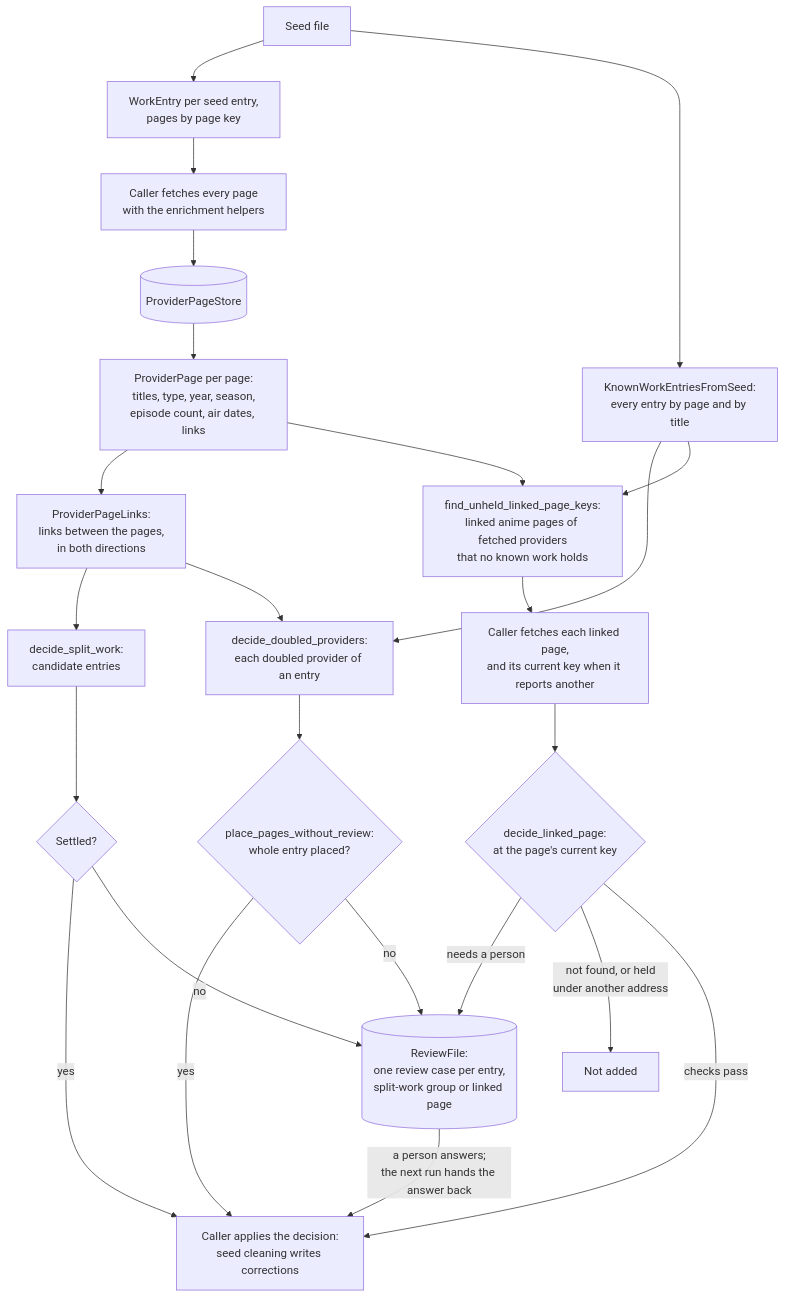
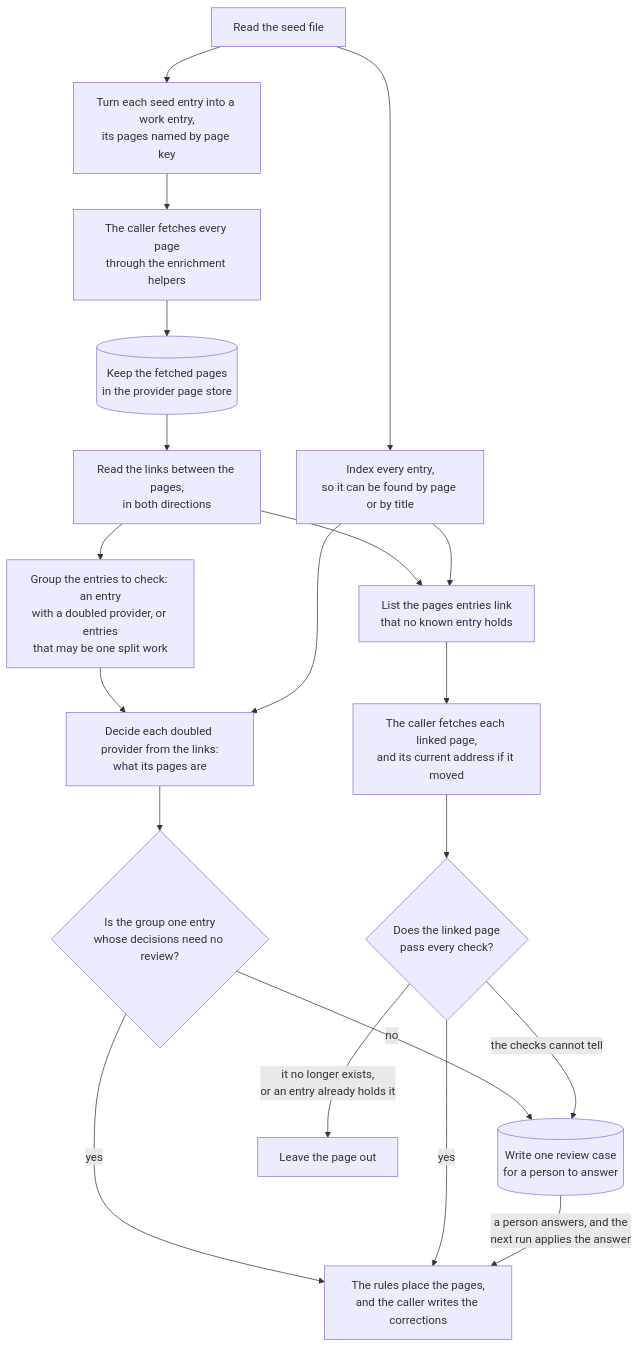
One commit to adnanaq/echora changed the first of 5 diagrams in libs/work_matching/README.md. Above: the diagram before and after it, drawn with Mermaid. The commit also changed other lines of this file and 42 other files, not shown here.

First line of the commit message:
feat(ECHO-65): Merge split works into one work entry each (#61)

````diff
--- a/libs/work_matching/README.md
+++ b/libs/work_matching/README.md
@@ -56,26 +94,22 @@
 ```mermaid
 flowchart TD
-    seed[Seed file] --> entries[WorkEntry per seed entry,<br/>pages by page key]
-    seed --> known[KnownWorkEntriesFromSeed:<br/>every entry by page and by title]
-    entries --> fetch[Caller fetches every page<br/>with the enrichment helpers]
-    fetch --> store[(ProviderPageStore)]
-    store --> pages[ProviderPage per page:<br/>titles, type, year, season,<br/>episode count, air dates, links]
-    pages --> links[ProviderPageLinks:<br/>links between the pages,<br/>in both directions]
-    links --> split[decide_split_work:<br/>candidate entries]
-    links --> doubled[decide_doubled_providers:<br/>each doubled provider of an entry]
+    seed[Read the seed file] --> entries[Turn each seed entry into a work entry,<br/>its pages named by page key]
+    seed --> known[Index every entry,<br/>so it can be found by page or by title]
+    entries --> fetch[The caller fetches every page<br/>through the enrichment helpers]
+    fetch --> store[(Keep the fetched pages<br/>in the provider page store)]
+    store --> links[Read the links between the pages,<br/>in both directions]
+    links --> groups[Group the entries to check: an entry<br/>with a doubled provider, or entries<br/>that may be one split work]
+    groups --> doubled[Decide each doubled provider from the links:<br/>what its pages are]
     known --> doubled
-    doubled --> placed{place_pages_without_review:<br/>whole entry placed?}
-    placed -- yes --> caller[Caller applies the decision:<br/>seed cleaning writes corrections]
-    placed -- no --> review[(ReviewFile:<br/>one review case per entry,<br/>split-work group or linked page)]
-    split --> settled{Settled?}
-    settled -- yes --> caller
-    settled -- no --> review
-    pages --> unheld[find_unheld_linked_page_keys:<br/>linked anime pages of fetched providers<br/>that no known work holds]
+    doubled --> settled{Is the group one entry<br/>whose decisions need no review?}
+    settled -- yes --> apply[The rules place the pages,<br/>and the caller writes the corrections]
+    settled -- no --> review[(Write one review case<br/>for a person to answer)]
+    links --> unheld[List the pages entries link<br/>that no known entry holds]
     known --> unheld
-    unheld --> fetchlinked[Caller fetches each linked page,<br/>and its current key when it reports another]
-    fetchlinked --> linked{decide_linked_page:<br/>at the page's current key}
-    linked -- needs a person --> review
-    linked -- "not found, or held<br/>under another address" --> skipped[Not added]
-    linked -- checks pass --> caller
-    review -- "a person answers;<br/>the next run hands the answer back" --> caller
+    unheld --> fetch_linked[The caller fetches each linked page,<br/>and its current address if it moved]
+    fetch_linked --> linked{Does the linked page<br/>pass every check?}
+    linked -- yes --> apply
+    linked -- "it no longer exists,<br/>or an entry already holds it" --> skipped[Leave the page out]
+    linked -- "the checks cannot tell" --> review
+    review -- "a person answers, and the<br/>next run applies the answer" --> apply
 ```
````
